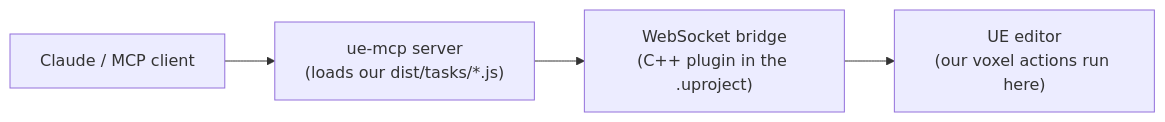
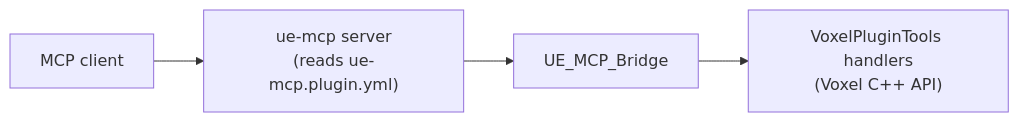
One commit to db-lyon/voxel-plugin-tools changed the diagram in CONTRIBUTING.md. Above: the diagram before and after it, drawn with Mermaid. The commit also changed other lines of this file and 102 other files, not shown here.

````diff
--- a/CONTRIBUTING.md
+++ b/CONTRIBUTING.md
@@ -8,6 +5,6 @@
 ```mermaid
 flowchart LR
-    A["Claude / MCP client"] --> B["ue-mcp server<br/>(loads our dist/tasks/*.js)"]
-    B --> C["WebSocket bridge<br/>(C++ plugin in the .uproject)"]
-    C --> D["UE editor<br/>(our voxel actions run here)"]
+    A["MCP client"] --> B["ue-mcp server<br/>(reads ue-mcp.plugin.yml)"]
+    B --> C["UE_MCP_Bridge"]
+    C --> D["VoxelPluginTools handlers<br/>(Voxel C++ API)"]
 ```
````
